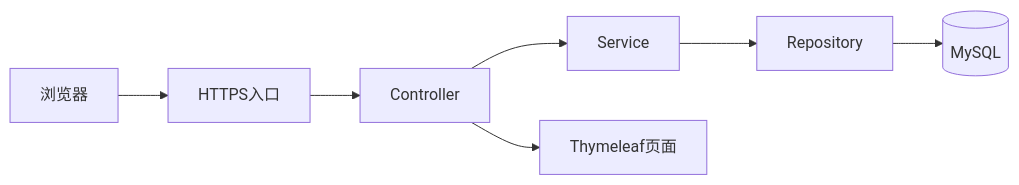
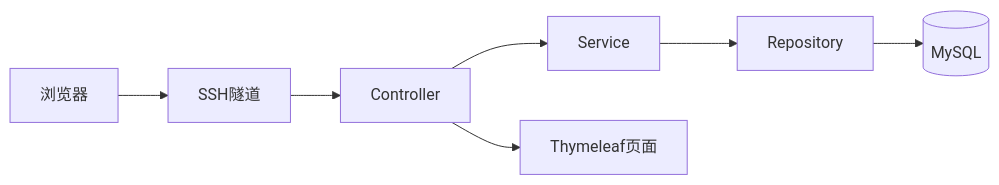
Before and after one commit to veicipolis/asset-management: the diagram in docs/系统架构与并发方案.md, drawn with Mermaid. The commit also changed other lines of this file and 2 other files, not shown here.

````diff
--- a/docs/系统架构与并发方案.md
+++ b/docs/系统架构与并发方案.md
@@ -19,9 +21,9 @@
 ```mermaid
 flowchart LR
-    B[浏览器] --> H[HTTPS入口]
+    B[浏览器] --> H[SSH隧道]
     H --> C[Controller]
     C --> S[Service]
     S --> R[Repository]
     R --> DB[(MySQL)]
     C --> V[Thymeleaf页面]
 ```
````
